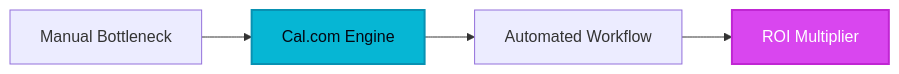
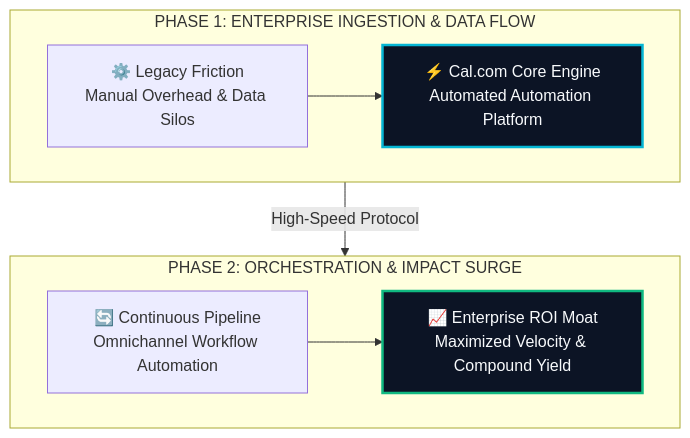
One commit to heliatech-media/saas-radar changed the diagram in site/src/content/blog/cal-com-evolution-guide-2026.md. Above: the diagram before and after it, drawn with Mermaid. The commit also changed 97 other files, not shown here.

First line of the commit message:
feat(diagrams): upgrade all article architecture schemas to high-impact 2-tier responsive vector blueprints

````diff
--- a/site/src/content/blog/cal-com-evolution-guide-2026.md
+++ b/site/src/content/blog/cal-com-evolution-guide-2026.md
@@ -51,8 +51,14 @@
 ```mermaid
-flowchart LR
-    A[Manual Bottleneck] --> B[Cal.com Engine]
-    B --> C[Automated Workflow]
-    C --> D[ROI Multiplier]
-    style B fill:#06b6d4,stroke:#0891b2,stroke-width:2px,color:#030712
-    style D fill:#d946ef,stroke:#c026d3,stroke-width:2px,color:#ffffff
+flowchart TD
+    subgraph S1["PHASE 1: ENTERPRISE INGESTION & DATA FLOW"]
+        direction LR
+        A["⚙️ Legacy Friction<br/>Manual Overhead & Data Silos"] --> B["⚡ Cal.com Core Engine<br/>Automated Automation Platform"]
+    end
+    subgraph S2["PHASE 2: ORCHESTRATION & IMPACT SURGE"]
+        direction LR
+        C["🔄 Continuous Pipeline<br/>Omnichannel Workflow Automation"] --> D["📈 Enterprise ROI Moat<br/>Maximized Velocity & Compound Yield"]
+    end
+    S1 -->|High-Speed Protocol| S2
+    style B fill:#0c1425,stroke:#06b6d4,stroke-width:2.5px,color:#f8fafc
+    style D fill:#0c1425,stroke:#10b981,stroke-width:2.5px,color:#f8fafc
 ```
````
